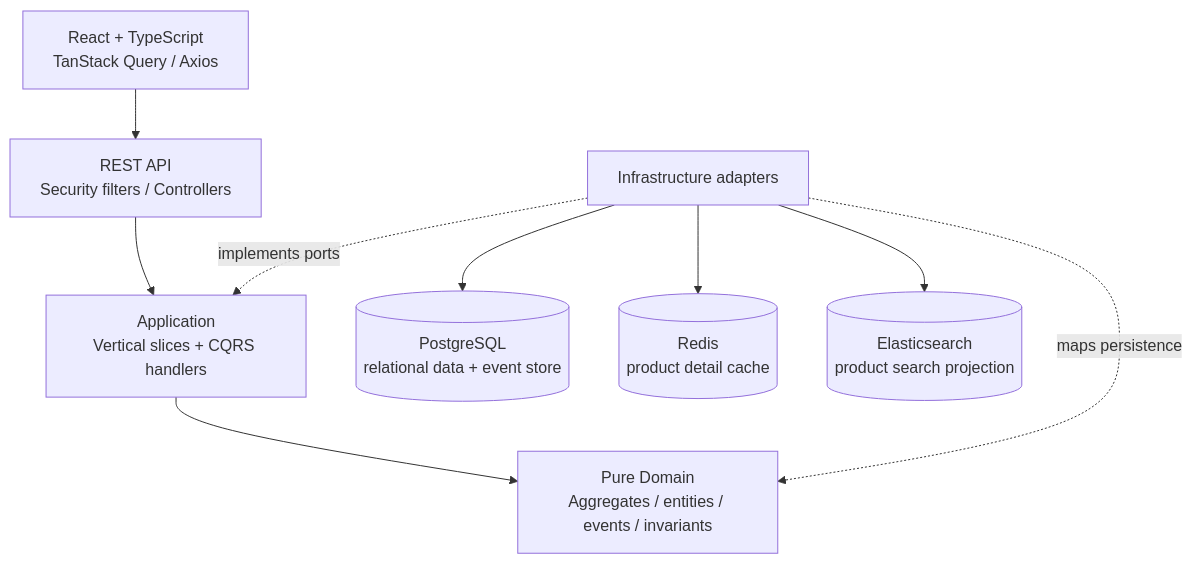
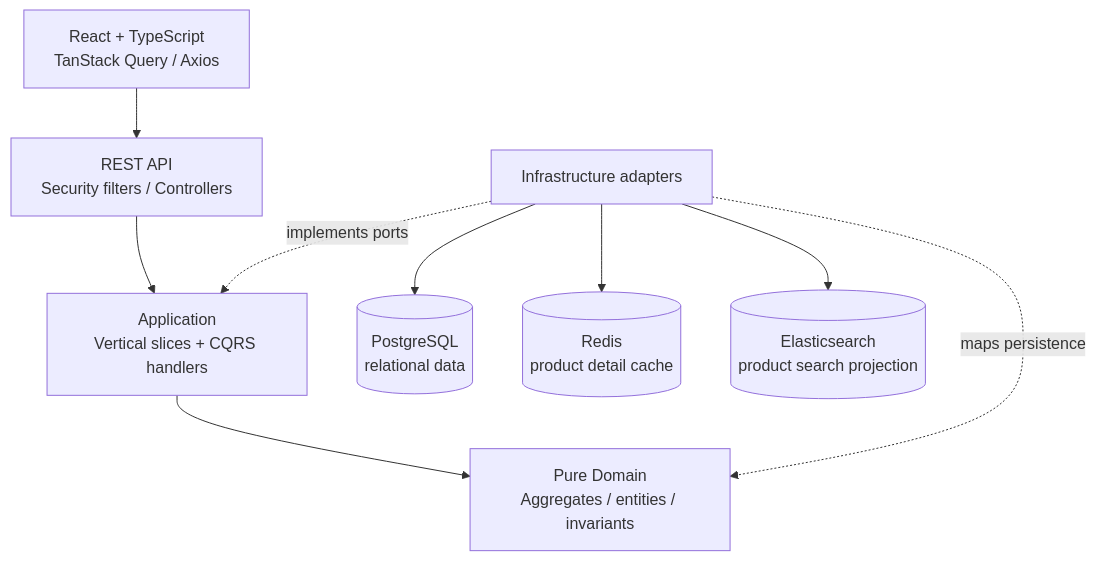
Before and after one commit to johnvo402/retail-hub: the first of 2 diagrams in README.md, drawn with Mermaid. The commit also changed other lines of this file and 89 other files, not shown here.

````diff
--- a/README.md
+++ b/README.md
@@ -12,11 +13,11 @@
 ```mermaid
 flowchart TB
     UI[React + TypeScript<br/>TanStack Query / Axios] --> API[REST API<br/>Security filters / Controllers]
     API --> APP[Application<br/>Vertical slices + CQRS handlers]
-    APP --> DOMAIN[Pure Domain<br/>Aggregates / entities / events / invariants]
+    APP --> DOMAIN[Pure Domain<br/>Aggregates / entities / invariants]
     INFRA[Infrastructure adapters] -. implements ports .-> APP
     INFRA -. maps persistence .-> DOMAIN
-    INFRA --> PG[(PostgreSQL<br/>relational data + event store)]
+    INFRA --> PG[(PostgreSQL<br/>relational data)]
     INFRA --> REDIS[(Redis<br/>product detail cache)]
     INFRA --> ES[(Elasticsearch<br/>product search projection)]
 ```
````
